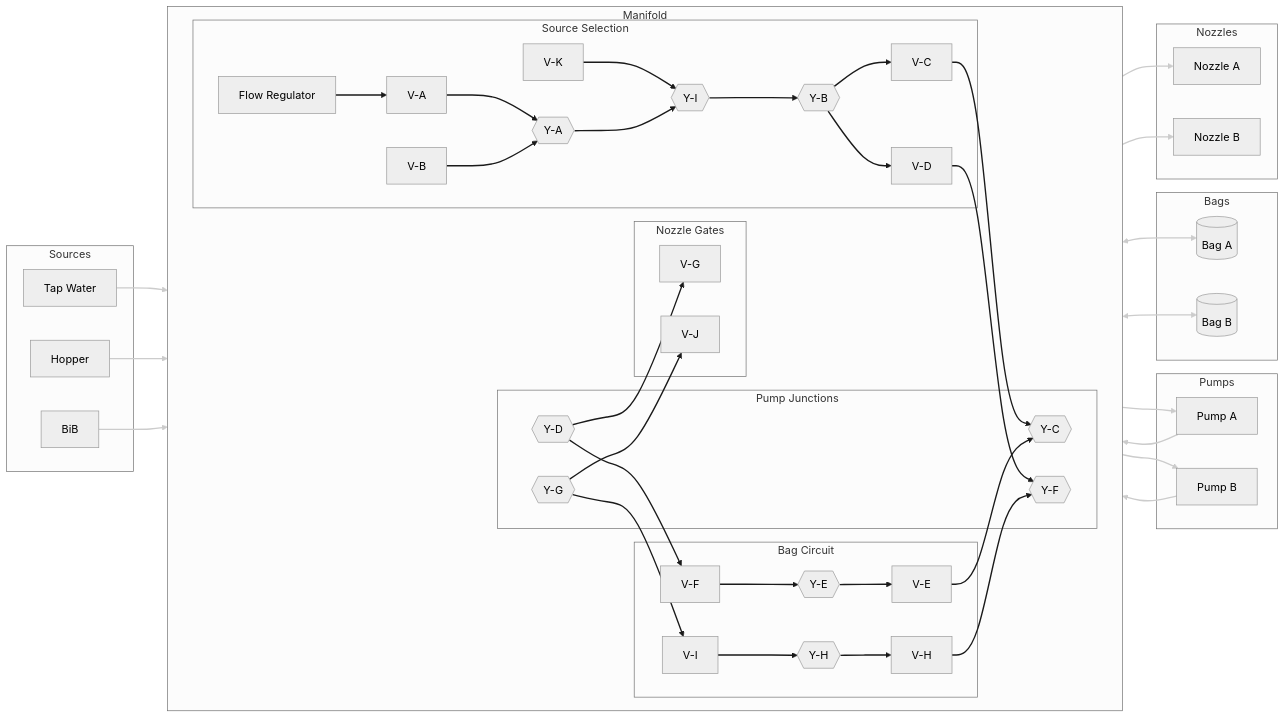
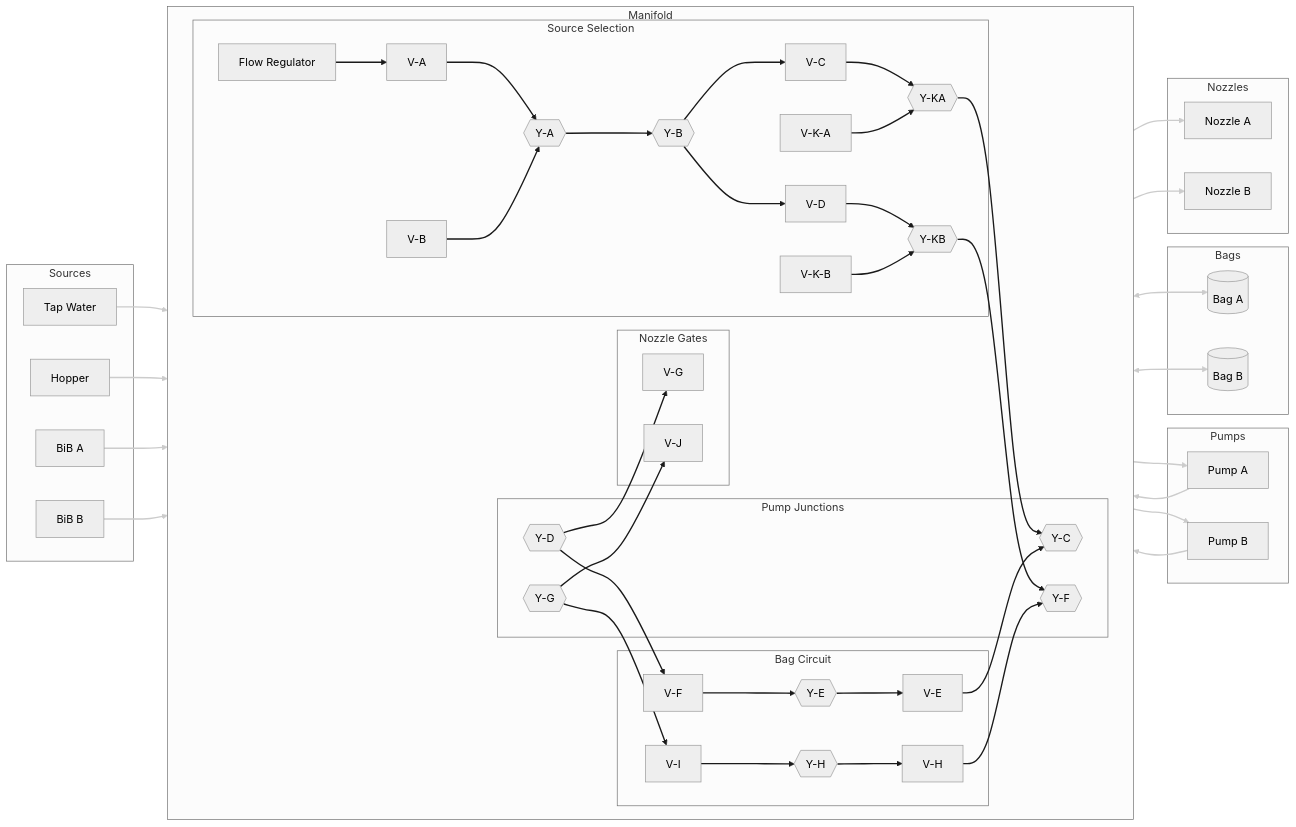
One commit to derekbreden/soda-flavor-injector changed the diagram in hardware/topology/fluid-topology-manifold.mmd. Above: the diagram before and after it, drawn with Mermaid (neutral theme). The commit also changed 2 other files, not shown here.

```diff
--- a/hardware/topology/fluid-topology-manifold.mmd
+++ b/hardware/topology/fluid-topology-manifold.mmd
@@ -1,112 +1,118 @@
 flowchart LR
 
   %% =========================
   %% Remote components
   %% =========================
   subgraph Sources["Sources"]
     Tap["Tap Water"]
     Hopper["Hopper"]
-    BiB["BiB"]
+    BiBA["BiB A"]
+    BiBB["BiB B"]
   end
 
   subgraph Pumps["Pumps"]
     PA["Pump A"]
     PB["Pump B"]
   end
 
   subgraph Bags["Bags"]
     BagA[("Bag A")]
     BagB[("Bag B")]
   end
 
   subgraph Nozzles["Nozzles"]
     NozzleA["Nozzle A"]
     NozzleB["Nozzle B"]
   end
 
   %% =========================
   %% Manifold
   %% =========================
   subgraph Manifold["Manifold"]
     direction LR
 
     subgraph SourceSelection["Source Selection"]
       Reg["Flow Regulator"]
       VA["V-A"]
       VB["V-B"]
-      VK["V-K"]
       YA{{"Y-A"}}
-      YI{{"Y-I"}}
       YB{{"Y-B"}}
       VC["V-C"]
       VD["V-D"]
+      VKA["V-K-A"]
+      VKB["V-K-B"]
+      YKA{{"Y-KA"}}
+      YKB{{"Y-KB"}}
     end
 
     subgraph MfPumps["Pump Junctions"]
       YC{{"Y-C"}}
       YD{{"Y-D"}}
       YF{{"Y-F"}}
       YG{{"Y-G"}}
     end
 
     subgraph MfNozzles["Nozzle Gates"]
       VG["V-G"]
       VJ["V-J"]
     end
 
     subgraph MfBags["Bag Circuit"]
       VE["V-E"]
       YE{{"Y-E"}}
       VF["V-F"]
       VH["V-H"]
       YH{{"Y-H"}}
       VI["V-I"]
     end
 
     %% Source Selection connections
     Reg --> VA
     VA --> YA
     VB --> YA
-    VK --> YI
-    YA --> YI
-    YI --> YB
+    YA --> YB
     YB --> VC
     YB --> VD
+    VC --> YKA
+    VKA --> YKA
+    VD --> YKB
+    VKB --> YKB
 
     %% Pump Junctions connections
-    VC --> YC
-    VD --> YF
+    YKA --> YC
+    YKB --> YF
     YD --> VG
     YD --> VF
     YG --> VJ
     YG --> VI
 
     %% Bag Circuit connections
     VE --> YC
     VF --> YE
     YE --> VE
     VH --> YF
     VI --> YH
     YH --> VH
   end
 
   %% =========================
   %% Tube runs (manifold ↔ remote)
   %% =========================
   Tap --> Reg
   Hopper --> VB
-  BiB --> VK
+  BiBA --> VKA
+  BiBB --> VKB
 
   YC --> PA --> YD
   YF --> PB --> YG
 
   YE <--> BagA
   YH <--> BagB
 
   VG --> NozzleA
   VJ --> NozzleB
 
   %% Manifold internals
-  linkStyle 0,1,2,3,4,5,6,7,8,9,10,11,12,13,14,15,16,17,18,19 stroke:#1a1a1a,stroke-width:2px
+  linkStyle 0,1,2,3,4,5,6,7,8,9,10,11,12,13,14,15,16,17,18,19,20,21 stroke:#1a1a1a,stroke-width:2px
   %% Tube runs to remote components
-  linkStyle 20,21,22,23,24,25,26,27,28,29,30 stroke:#ccc,stroke-width:2px
+  linkStyle 22,23,24,25,26,27,28,29,30,31,32,33 stroke:#ccc,stroke-width:2px
```
